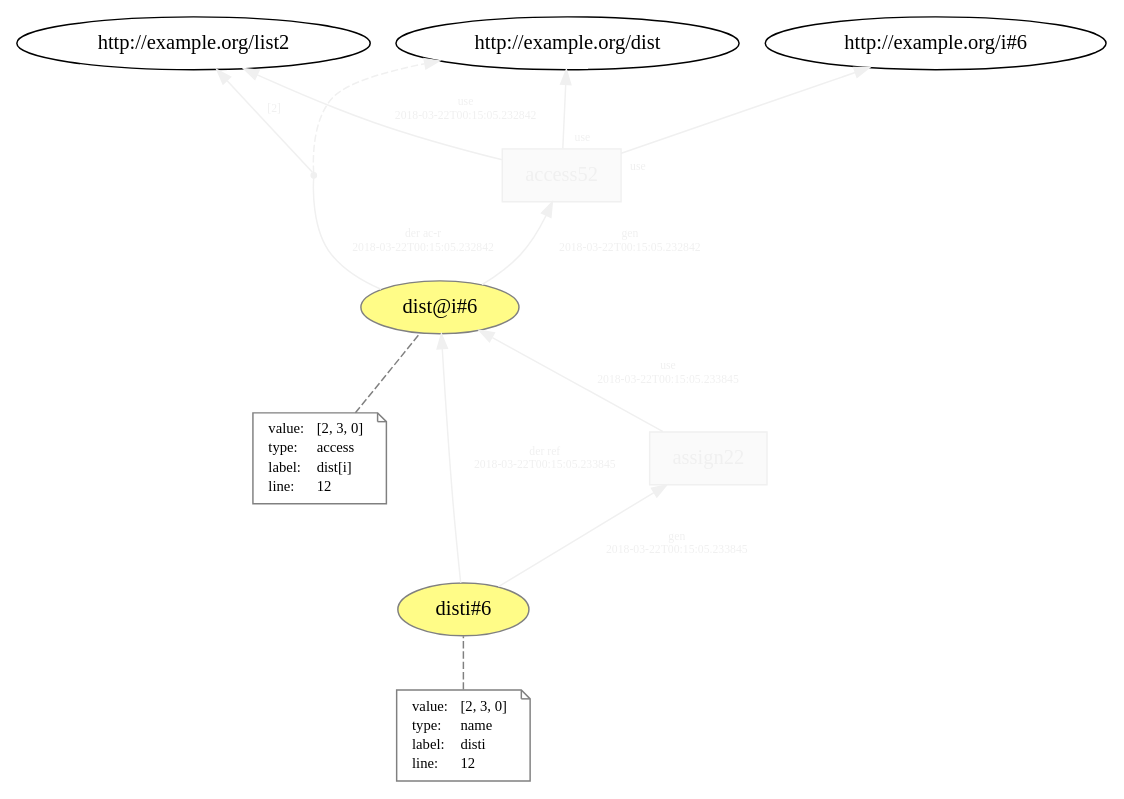
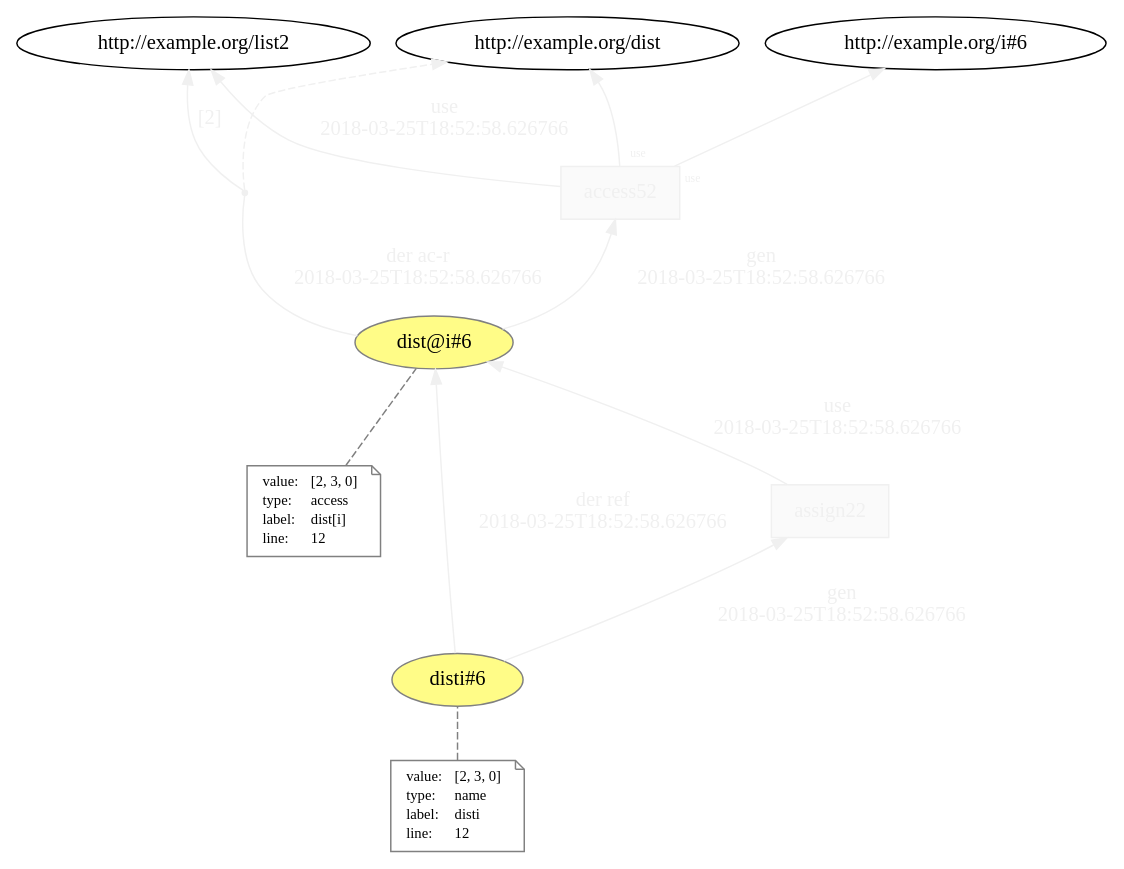
The diagram in generated/intertwined_prov/temp/L12__access__assign_6.dot (dew-uff/versioned-prov), drawn with Graphviz before and after one commit. The commit also changed 975 other files, not shown here.

```diff
--- a/generated/intertwined_prov/temp/L12__access__assign_6.dot
+++ b/generated/intertwined_prov/temp/L12__access__assign_6.dot
@@ -1,61 +1,61 @@
 digraph "PROV" { size="16,12"; rankdir="BT";
 "http://example.org/dist@i#6" [fillcolor="#FFFC87",color="#808080",style="filled",label="dist@i#6",URL="http://example.org/dist@i#6"]
-"-attrs0" [color="gray",shape="note",fontsize="10",fontcolor="black",label=<<TABLE cellpadding="0" border="0">
+"http://example.org/dist@i#6-attrs" [color="gray",shape="note",fontsize="10",fontcolor="black",label=<<TABLE cellpadding="0" border="0">
 	<TR>
 	    <TD align="left">value:</TD>
 	    <TD align="left">[2, 3, 0]</TD>
 	</TR>
 	<TR>
 	    <TD align="left">type:</TD>
 	    <TD align="left">access</TD>
 	</TR>
 	<TR>
 	    <TD align="left">label:</TD>
 	    <TD align="left">dist[i]</TD>
 	</TR>
 	<TR>
 	    <TD align="left">line:</TD>
 	    <TD align="left">12</TD>
 	</TR>
 </TABLE>>]
-"-attrs0" -> "http://example.org/dist@i#6" [color="gray",style="dashed",arrowhead="none"]
+"http://example.org/dist@i#6-attrs" -> "http://example.org/dist@i#6" [color="gray",style="dashed",arrowhead="none"]
 "http://example.org/access52" [fillcolor="#FAFAFA",color="#F0F0F0",shape="polygon",sides="4",style="filled",fontcolor="#F0F0F0",label="access52",URL="http://example.org/access52"]
 "bn0" [shape="point",label="",fontcolor="#F0F0F0",color="#F0F0F0"]
-"http://example.org/dist@i#6" -> "bn0" [fontsize="8",distance="1.5",angle="60.0",rotation="20",label="der ac-r
-2018-03-22T00:15:05.232842",arrowhead="none",fontcolor="#F0F0F0",color="#F0F0F0"]
+"http://example.org/dist@i#6" -> "bn0" [fontsize="14",distance="1.5",angle="60.0",rotation="20",label="der ac-r
+2018-03-25T18:52:58.626766",arrowhead="none",fontcolor="#F0F0F0",color="#F0F0F0"]
 "bn0" -> "http://example.org/dist" [style="dashed",fontcolor="#F0F0F0",color="#F0F0F0"]
-"bn0" -> "http://example.org/list2" [fontsize="8",distance="1.5",angle="60.0",rotation="20",label="[2]",fontcolor="#F0F0F0",color="#F0F0F0"]
+"bn0" -> "http://example.org/list2" [fontsize="14",distance="1.5",angle="60.0",rotation="20",label="[2]",fontcolor="#F0F0F0",color="#F0F0F0"]
 "http://example.org/access52" -> "http://example.org/dist" [labelfontsize="8",labeldistance="1.5",labelangle="60.0",rotation="20",taillabel="use",fontcolor="#F0F0F0",color="#F0F0F0"]
 "http://example.org/access52" -> "http://example.org/i#6" [labelfontsize="8",labeldistance="1.5",labelangle="60.0",rotation="20",taillabel="use",fontcolor="#F0F0F0",color="#F0F0F0"]
 "http://example.org/disti#6" [fillcolor="#FFFC87",color="#808080",style="filled",label="disti#6",URL="http://example.org/disti#6"]
-"-attrs1" [color="gray",shape="note",fontsize="10",fontcolor="black",label=<<TABLE cellpadding="0" border="0">
+"http://example.org/disti#6-attrs" [color="gray",shape="note",fontsize="10",fontcolor="black",label=<<TABLE cellpadding="0" border="0">
 	<TR>
 	    <TD align="left">value:</TD>
 	    <TD align="left">[2, 3, 0]</TD>
 	</TR>
 	<TR>
 	    <TD align="left">type:</TD>
 	    <TD align="left">name</TD>
 	</TR>
 	<TR>
 	    <TD align="left">label:</TD>
 	    <TD align="left">disti</TD>
 	</TR>
 	<TR>
 	    <TD align="left">line:</TD>
 	    <TD align="left">12</TD>
 	</TR>
 </TABLE>>]
-"-attrs1" -> "http://example.org/disti#6" [color="gray",style="dashed",arrowhead="none"]
+"http://example.org/disti#6-attrs" -> "http://example.org/disti#6" [color="gray",style="dashed",arrowhead="none"]
 "http://example.org/assign22" [fillcolor="#FAFAFA",color="#F0F0F0",shape="polygon",sides="4",style="filled",fontcolor="#F0F0F0",label="assign22",URL="http://example.org/assign22"]
-"http://example.org/disti#6" -> "http://example.org/dist@i#6" [fontsize="8",distance="1.5",angle="60.0",rotation="20",label="der ref
-2018-03-22T00:15:05.233845",fontcolor="#F0F0F0",color="#F0F0F0"]
-"http://example.org/access52" -> "http://example.org/list2" [fontsize="8",distance="1.5",angle="60.0",rotation="20",label="use
-2018-03-22T00:15:05.232842",fontcolor="#F0F0F0",color="#F0F0F0"]
-"http://example.org/assign22" -> "http://example.org/dist@i#6" [fontsize="8",distance="1.5",angle="60.0",rotation="20",label="use
-2018-03-22T00:15:05.233845",fontcolor="#F0F0F0",color="#F0F0F0"]
-"http://example.org/disti#6" -> "http://example.org/assign22" [fontsize="8",distance="1.5",angle="60.0",rotation="20",label="gen
-2018-03-22T00:15:05.233845",fontcolor="#F0F0F0",color="#F0F0F0"]
-"http://example.org/dist@i#6" -> "http://example.org/access52" [fontsize="8",distance="1.5",angle="60.0",rotation="20",label="gen
-2018-03-22T00:15:05.232842",fontcolor="#F0F0F0",color="#F0F0F0"]
+"http://example.org/disti#6" -> "http://example.org/dist@i#6" [fontsize="14",distance="1.5",angle="60.0",rotation="20",label="der ref
+2018-03-25T18:52:58.626766",fontcolor="#F0F0F0",color="#F0F0F0"]
+"http://example.org/access52" -> "http://example.org/list2" [fontsize="14",distance="1.5",angle="60.0",rotation="20",label="use
+2018-03-25T18:52:58.626766",fontcolor="#F0F0F0",color="#F0F0F0"]
+"http://example.org/assign22" -> "http://example.org/dist@i#6" [fontsize="14",distance="1.5",angle="60.0",rotation="20",label="use
+2018-03-25T18:52:58.626766",fontcolor="#F0F0F0",color="#F0F0F0"]
+"http://example.org/dist@i#6" -> "http://example.org/access52" [fontsize="14",distance="1.5",angle="60.0",rotation="20",label="gen
+2018-03-25T18:52:58.626766",fontcolor="#F0F0F0",color="#F0F0F0"]
+"http://example.org/disti#6" -> "http://example.org/assign22" [fontsize="14",distance="1.5",angle="60.0",rotation="20",label="gen
+2018-03-25T18:52:58.626766",fontcolor="#F0F0F0",color="#F0F0F0"]
 }
```
